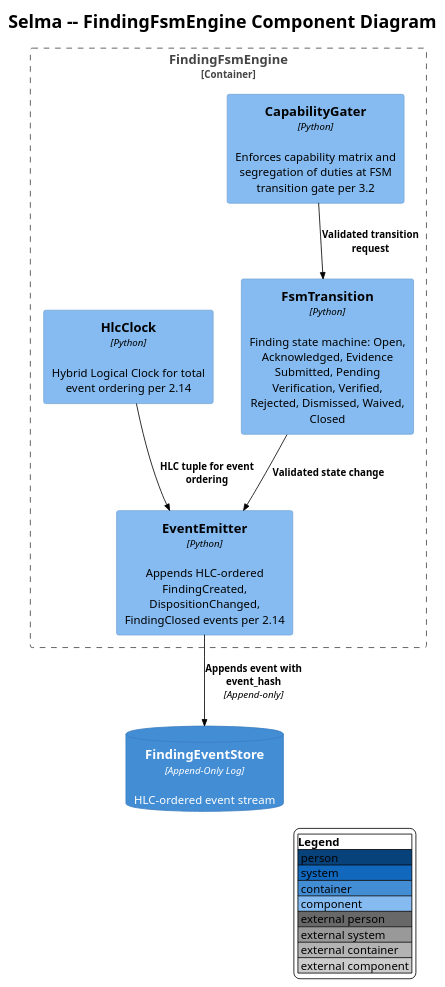
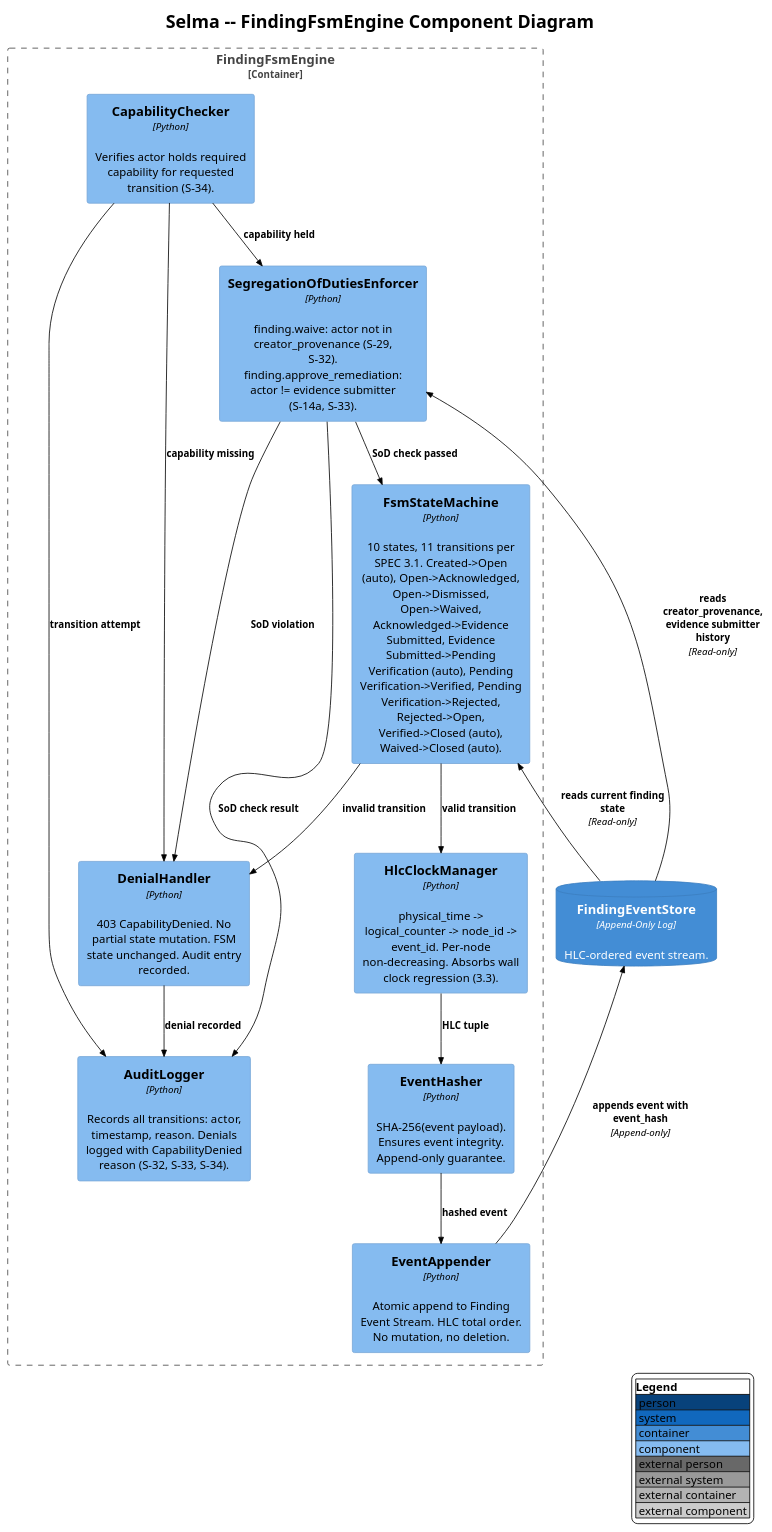
Before and after one commit to salimnamvar/selma: the diagram in docs/C4-Design/c4_selma_component_finding.puml, drawn with PlantUML. The commit also changed other lines of this file and 7 other files, not shown here.

First line of the commit message:
docs(C4-Design): Enhance Selma documentation and diagrams for version 1.1.0

```diff
--- a/docs/C4-Design/c4_selma_component_finding.puml
+++ b/docs/C4-Design/c4_selma_component_finding.puml
@@ -10,23 +10,41 @@
 @startuml
 !include https://raw.githubusercontent.com/plantuml-stdlib/C4-PlantUML/v2.10.0/C4_Component.puml
 !theme plain
 
 LAYOUT_WITH_LEGEND()
 
 title Selma -- FindingFsmEngine Component Diagram
 
 Container_Boundary(fsm, "FindingFsmEngine") {
-    Component(capability_gater, "CapabilityGater", "Python", "Enforces capability matrix and segregation of duties at FSM transition gate per 3.2")
-    Component(fsm_transition, "FsmTransition", "Python", "Finding state machine: Open, Acknowledged, Evidence Submitted, Pending Verification, Verified, Rejected, Dismissed, Waived, Closed")
-    Component(event_emitter, "EventEmitter", "Python", "Appends HLC-ordered FindingCreated, DispositionChanged, FindingClosed events per 2.14")
-    Component(hlc_clock, "HlcClock", "Python", "Hybrid Logical Clock for total event ordering per 2.14")
+    Component(capability_checker, "CapabilityChecker", "Python", "Verifies actor holds required capability for requested transition (S-34).")
+    Component(sod_enforcer, "SegregationOfDutiesEnforcer", "Python", "finding.waive: actor not in creator_provenance (S-29, S-32). finding.approve_remediation: actor != evidence submitter (S-14a, S-33).")
+    Component(fsm_state_machine, "FsmStateMachine", "Python", "10 states, 11 transitions per SPEC 3.1. Created->Open (auto), Open->Acknowledged, Open->Dismissed, Open->Waived, Acknowledged->Evidence Submitted, Evidence Submitted->Pending Verification (auto), Pending Verification->Verified, Pending Verification->Rejected, Rejected->Open, Verified->Closed (auto), Waived->Closed (auto).")
+    Component(hlc_clock, "HlcClockManager", "Python", "physical_time -> logical_counter -> node_id -> event_id. Per-node non-decreasing. Absorbs wall clock regression (3.3).")
+    Component(event_hasher, "EventHasher", "Python", "SHA-256(event payload). Ensures event integrity. Append-only guarantee.")
+    Component(event_appender, "EventAppender", "Python", "Atomic append to Finding Event Stream. HLC total order. No mutation, no deletion.")
+    Component(audit_logger, "AuditLogger", "Python", "Records all transitions: actor, timestamp, reason. Denials logged with CapabilityDenied reason (S-32, S-33, S-34).")
+    Component(denial_handler, "DenialHandler", "Python", "403 CapabilityDenied. No partial state mutation. FSM state unchanged. Audit entry recorded.")
 }
 
-ContainerDb(finding_event_store, "FindingEventStore", "Append-Only Log", "HLC-ordered event stream")
+ContainerDb(finding_event_store, "FindingEventStore", "Append-Only Log", "HLC-ordered event stream.")
 
-Rel(capability_gater, fsm_transition, "Validated transition request")
-Rel(fsm_transition, event_emitter, "Validated state change")
-Rel(hlc_clock, event_emitter, "HLC tuple for event ordering")
-Rel(event_emitter, finding_event_store, "Appends event with event_hash", "Append-only")
+Rel(capability_checker, sod_enforcer, "capability held")
+Rel(capability_checker, denial_handler, "capability missing")
+Rel(sod_enforcer, fsm_state_machine, "SoD check passed")
+Rel(sod_enforcer, denial_handler, "SoD violation")
+Rel(fsm_state_machine, hlc_clock, "valid transition")
+Rel(fsm_state_machine, denial_handler, "invalid transition")
+Rel(hlc_clock, event_hasher, "HLC tuple")
+Rel(event_hasher, event_appender, "hashed event")
+Rel(event_appender, finding_event_store, "appends event with event_hash", "Append-only")
+
+Rel(capability_checker, audit_logger, "transition attempt")
+Rel(sod_enforcer, audit_logger, "SoD check result")
+Rel(denial_handler, audit_logger, "denial recorded")
+
+Rel(finding_event_store, fsm_state_machine, "reads current finding state", "Read-only")
+Rel(finding_event_store, sod_enforcer, "reads creator_provenance, evidence submitter history", "Read-only")
+
+denial_handler -[hidden]right- finding_event_store
 
 @enduml
```
